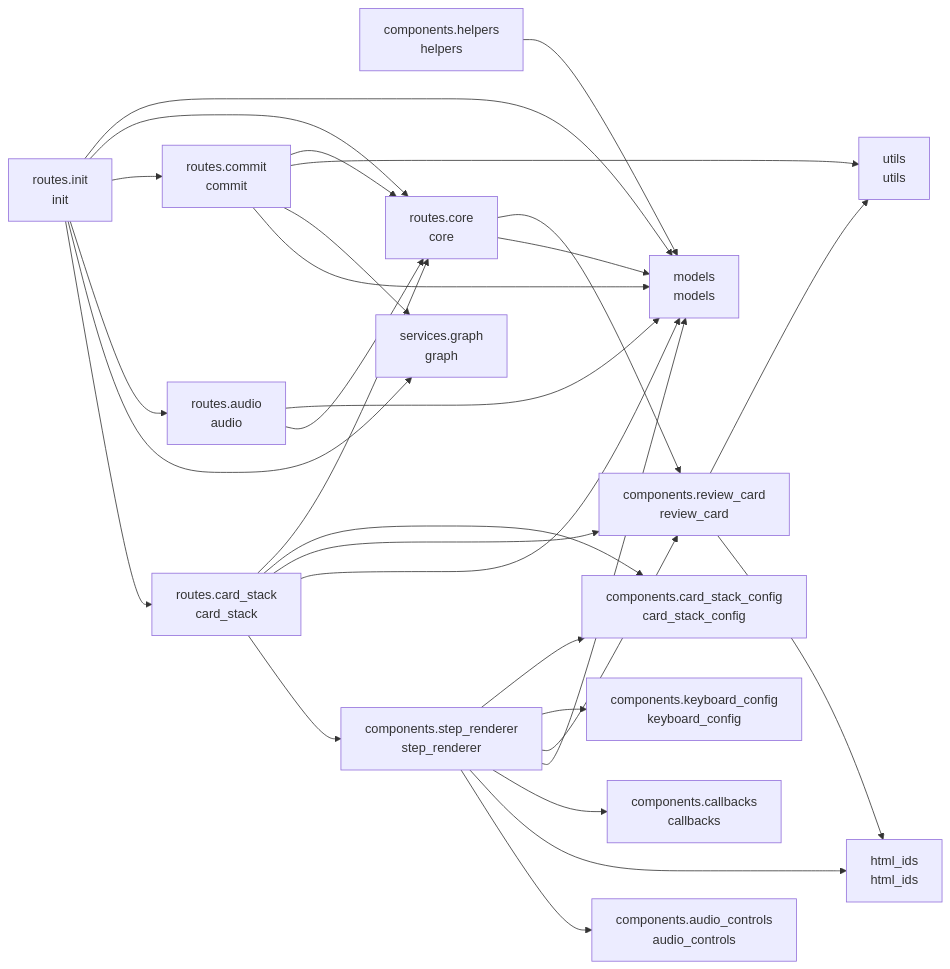
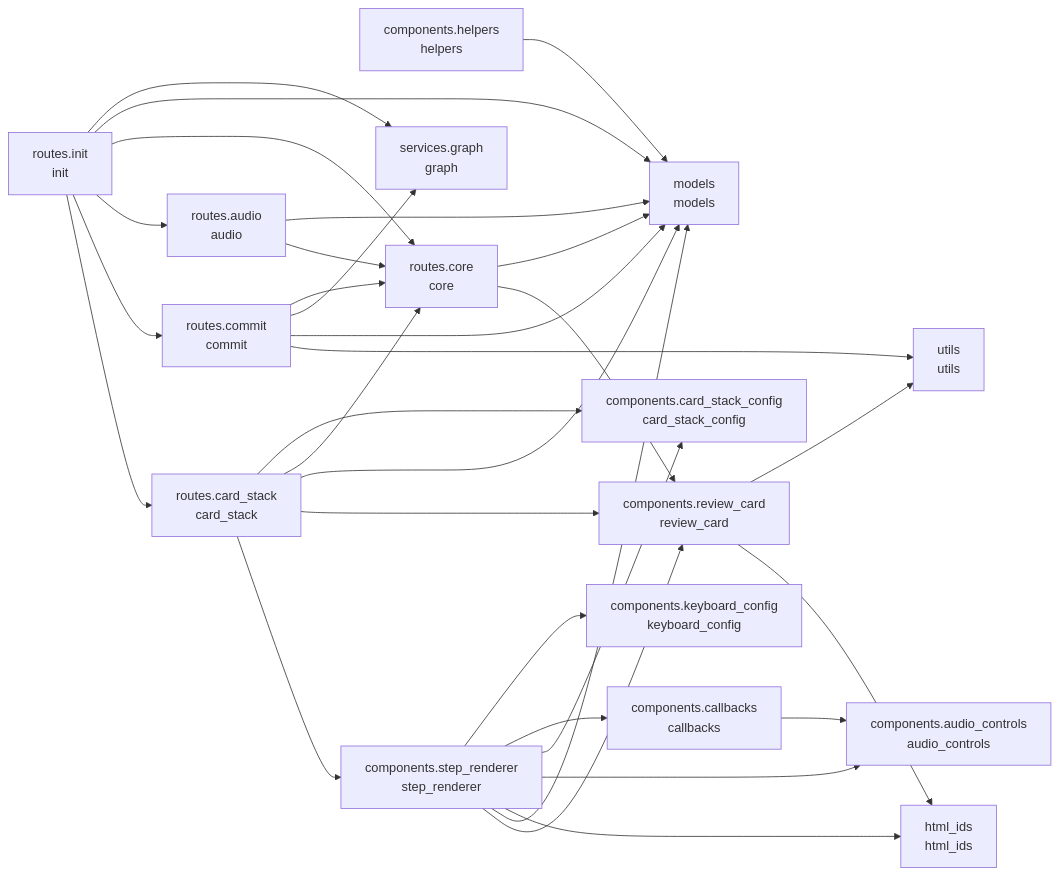
Before and after one commit to cj-mills/cjm-transcript-review: the diagram in README.md, drawn with Mermaid. The commit also changed other lines of this file and 10 other files, not shown here.

````diff
--- a/README.md
+++ b/README.md
@@ -39,49 +39,50 @@
 ``` mermaid
 graph LR
     components_audio_controls[components.audio_controls<br/>audio_controls]
     components_callbacks[components.callbacks<br/>callbacks]
     components_card_stack_config[components.card_stack_config<br/>card_stack_config]
     components_helpers[components.helpers<br/>helpers]
     components_keyboard_config[components.keyboard_config<br/>keyboard_config]
     components_review_card[components.review_card<br/>review_card]
     components_step_renderer[components.step_renderer<br/>step_renderer]
     html_ids[html_ids<br/>html_ids]
     models[models<br/>models]
     routes_audio[routes.audio<br/>audio]
     routes_card_stack[routes.card_stack<br/>card_stack]
     routes_commit[routes.commit<br/>commit]
     routes_core[routes.core<br/>core]
     routes_init[routes.init<br/>init]
     services_graph[services.graph<br/>graph]
     utils[utils<br/>utils]
 
+    components_callbacks --> components_audio_controls
     components_helpers --> models
     components_review_card --> utils
     components_review_card --> html_ids
+    components_step_renderer --> components_keyboard_config
+    components_step_renderer --> components_callbacks
     components_step_renderer --> components_card_stack_config
-    components_step_renderer --> components_keyboard_config
+    components_step_renderer --> components_audio_controls
+    components_step_renderer --> html_ids
+    components_step_renderer --> models
     components_step_renderer --> components_review_card
-    components_step_renderer --> models
-    components_step_renderer --> components_callbacks
-    components_step_renderer --> html_ids
-    components_step_renderer --> components_audio_controls
     routes_audio --> models
     routes_audio --> routes_core
+    routes_card_stack --> components_card_stack_config
     routes_card_stack --> routes_core
-    routes_card_stack --> components_card_stack_config
+    routes_card_stack --> models
     routes_card_stack --> components_review_card
-    routes_card_stack --> models
     routes_card_stack --> components_step_renderer
     routes_commit --> routes_core
-    routes_commit --> utils
     routes_commit --> services_graph
     routes_commit --> models
+    routes_commit --> utils
+    routes_core --> models
     routes_core --> components_review_card
-    routes_core --> models
+    routes_init --> services_graph
     routes_init --> models
     routes_init --> routes_core
+    routes_init --> routes_audio
     routes_init --> routes_commit
-    routes_init --> routes_audio
-    routes_init --> services_graph
     routes_init --> routes_card_stack
 ```
````
